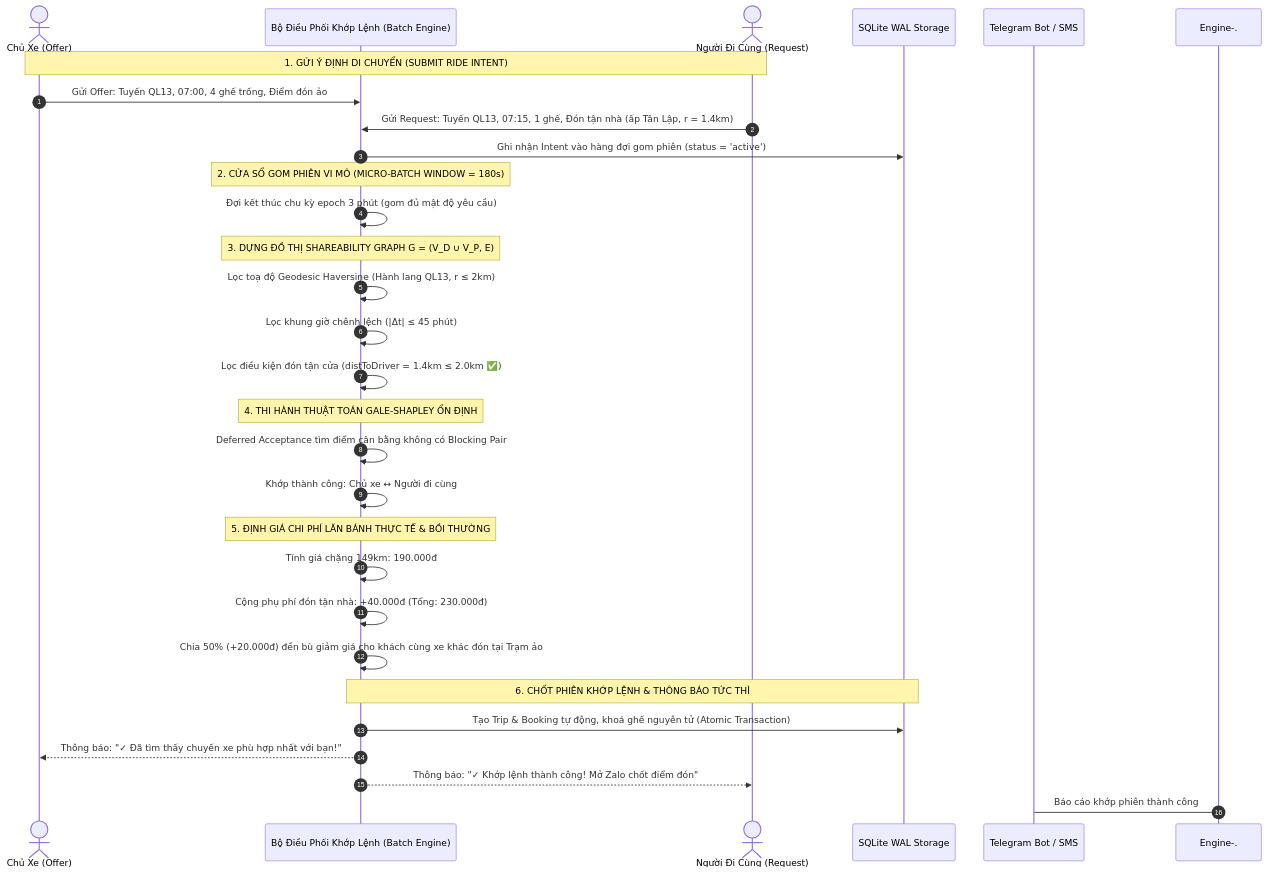
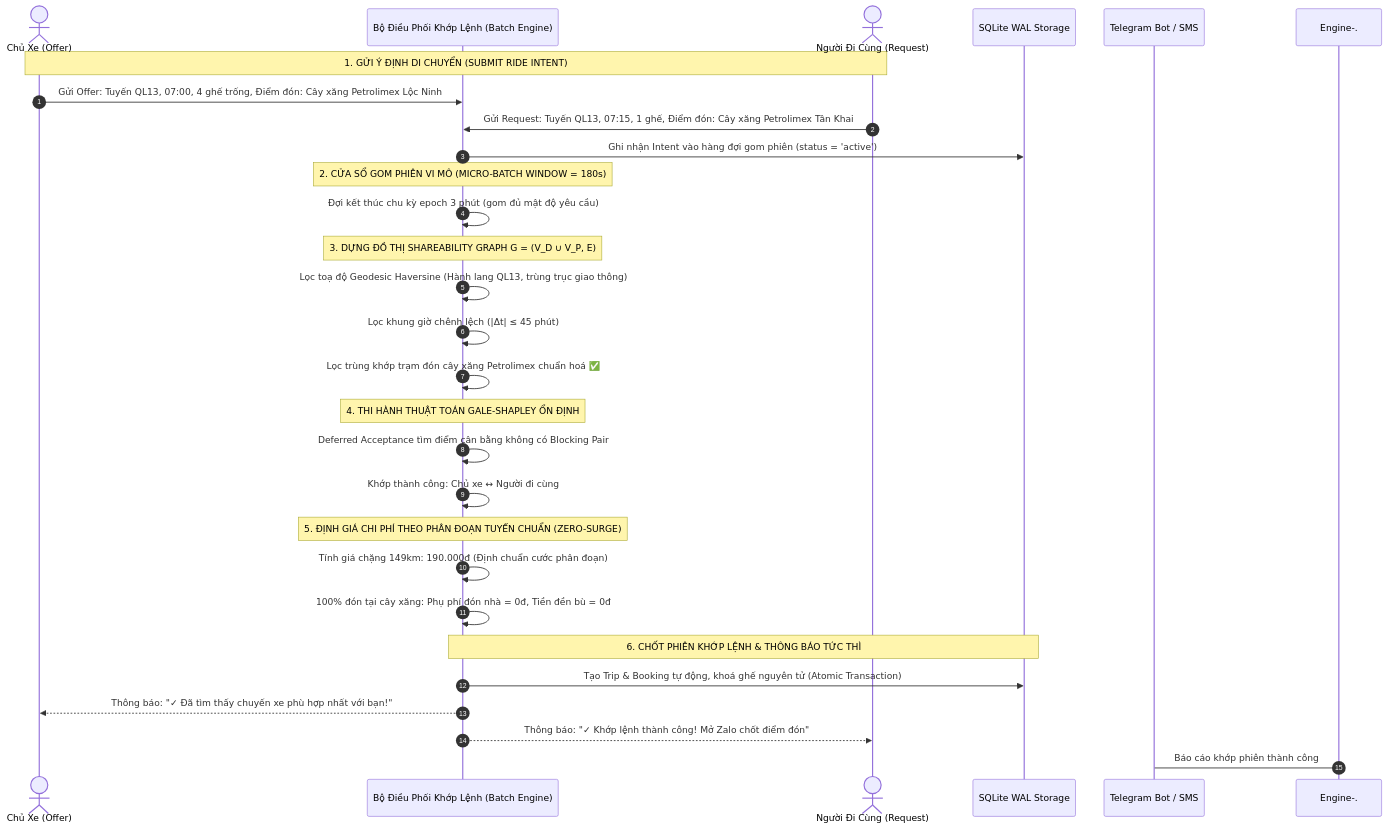
One commit to brianhuynh2021/carmate changed the second of 6 diagrams in ARCHITECTURE.md. Above: the diagram before and after it, drawn with Mermaid. The commit also changed other lines of this file and 5 other files, not shown here.

````diff
--- a/ARCHITECTURE.md
+++ b/ARCHITECTURE.md
@@ -86,37 +86,36 @@
 ```mermaid
 sequenceDiagram
     autonumber
     actor Driver as Chủ Xe (Offer)
     participant Engine as Bộ Điều Phối Khớp Lệnh (Batch Engine)
     actor Passenger as Người Đi Cùng (Request)
     participant Store as SQLite WAL Storage
     participant Telegram as Telegram Bot / SMS
 
     Note over Driver,Passenger: 1. GỬI Ý ĐỊNH DI CHUYỂN (SUBMIT RIDE INTENT)
-    Driver->>Engine: Gửi Offer: Tuyến QL13, 07:00, 4 ghế trống, Điểm đón ảo
-    Passenger->>Engine: Gửi Request: Tuyến QL13, 07:15, 1 ghế, Đón tận nhà (ấp Tân Lập, r = 1.4km)
+    Driver->>Engine: Gửi Offer: Tuyến QL13, 07:00, 4 ghế trống, Điểm đón: Cây xăng Petrolimex Lộc Ninh
+    Passenger->>Engine: Gửi Request: Tuyến QL13, 07:15, 1 ghế, Điểm đón: Cây xăng Petrolimex Tân Khai
     Engine->>Store: Ghi nhận Intent vào hàng đợi gom phiên (status = 'active')
 
     Note over Engine: 2. CỬA SỔ GOM PHIÊN VI MÔ (MICRO-BATCH WINDOW = 180s)
     Engine->>Engine: Đợi kết thúc chu kỳ epoch 3 phút (gom đủ mật độ yêu cầu)
 
     Note over Engine: 3. DỰNG ĐỒ THỊ SHAREABILITY GRAPH G = (V_D ∪ V_P, E)
-    Engine->>Engine: Lọc toạ độ Geodesic Haversine (Hành lang QL13, r ≤ 2km)
+    Engine->>Engine: Lọc toạ độ Geodesic Haversine (Hành lang QL13, trùng trục giao thông)
     Engine->>Engine: Lọc khung giờ chênh lệch (|Δt| ≤ 45 phút)
-    Engine->>Engine: Lọc điều kiện đón tận cửa (distToDriver = 1.4km ≤ 2.0km ✅)
+    Engine->>Engine: Lọc trùng khớp trạm đón cây xăng Petrolimex chuẩn hoá ✅
 
     Note over Engine: 4. THI HÀNH THUẬT TOÁN GALE-SHAPLEY ỔN ĐỊNH
     Engine->>Engine: Deferred Acceptance tìm điểm cân bằng không có Blocking Pair
     Engine->>Engine: Khớp thành công: Chủ xe ↔ Người đi cùng
 
-    Note over Engine: 5. ĐỊNH GIÁ CHI PHÍ LĂN BÁNH THỰC TẾ & BỒI THƯỜNG
-    Engine->>Engine: Tính giá chặng 149km: 190.000đ
-    Engine->>Engine: Cộng phụ phí đón tận nhà: +40.000đ (Tổng: 230.000đ)
-    Engine->>Engine: Chia 50% (+20.000đ) đền bù giảm giá cho khách cùng xe khác đón tại Trạm ảo
+    Note over Engine: 5. ĐỊNH GIÁ CHI PHÍ THEO PHÂN ĐOẠN TUYẾN CHUẨN (ZERO-SURGE)
+    Engine->>Engine: Tính giá chặng 149km: 190.000đ (Định chuẩn cước phân đoạn)
+    Engine->>Engine: 100% đón tại cây xăng: Phụ phí đón nhà = 0đ, Tiền đền bù = 0đ
 
     Note over Engine,Store: 6. CHỐT PHIÊN KHỚP LỆNH & THÔNG BÁO TỨC THÌ
     Engine->>Store: Tạo Trip & Booking tự động, khoá ghế nguyên tử (Atomic Transaction)
     Engine-->>Driver: Thông báo: "✓ Đã tìm thấy chuyến xe phù hợp nhất với bạn!"
     Engine-->>Passenger: Thông báo: "✓ Khớp lệnh thành công! Mở Zalo chốt điểm đón"
     Engine-.->Telegram: Báo cáo khớp phiên thành công
 ```
````
